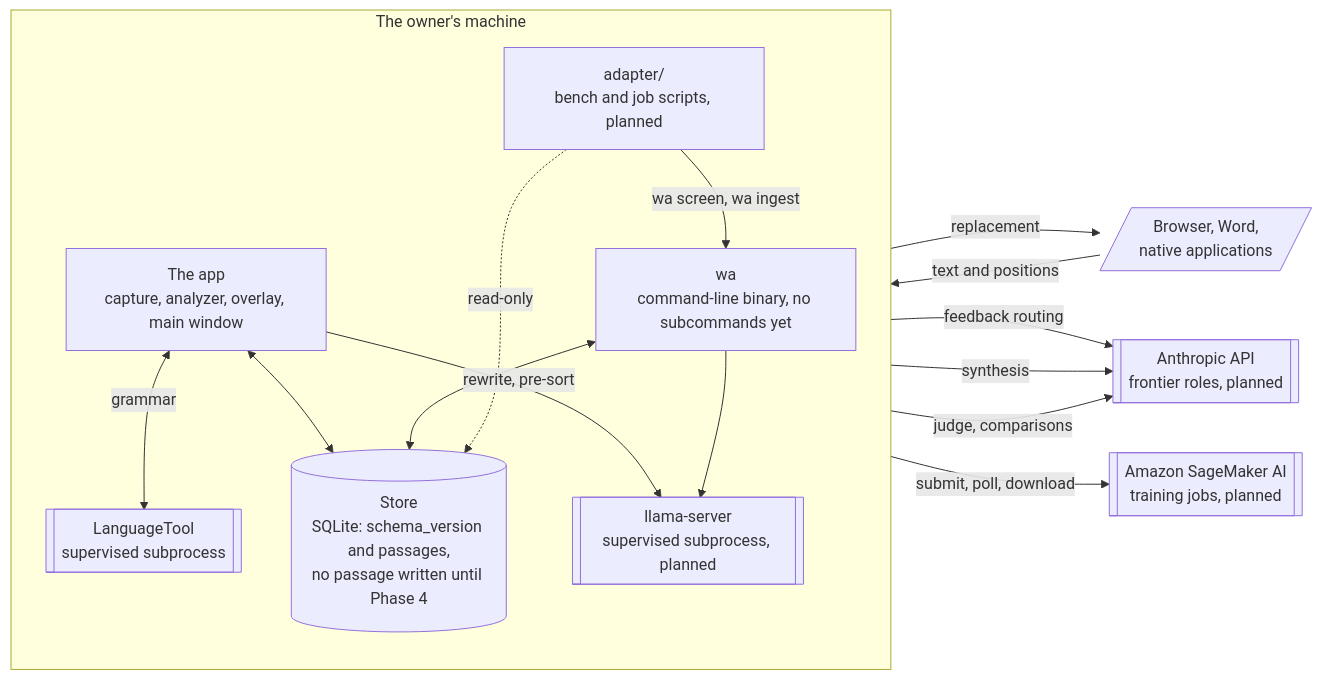
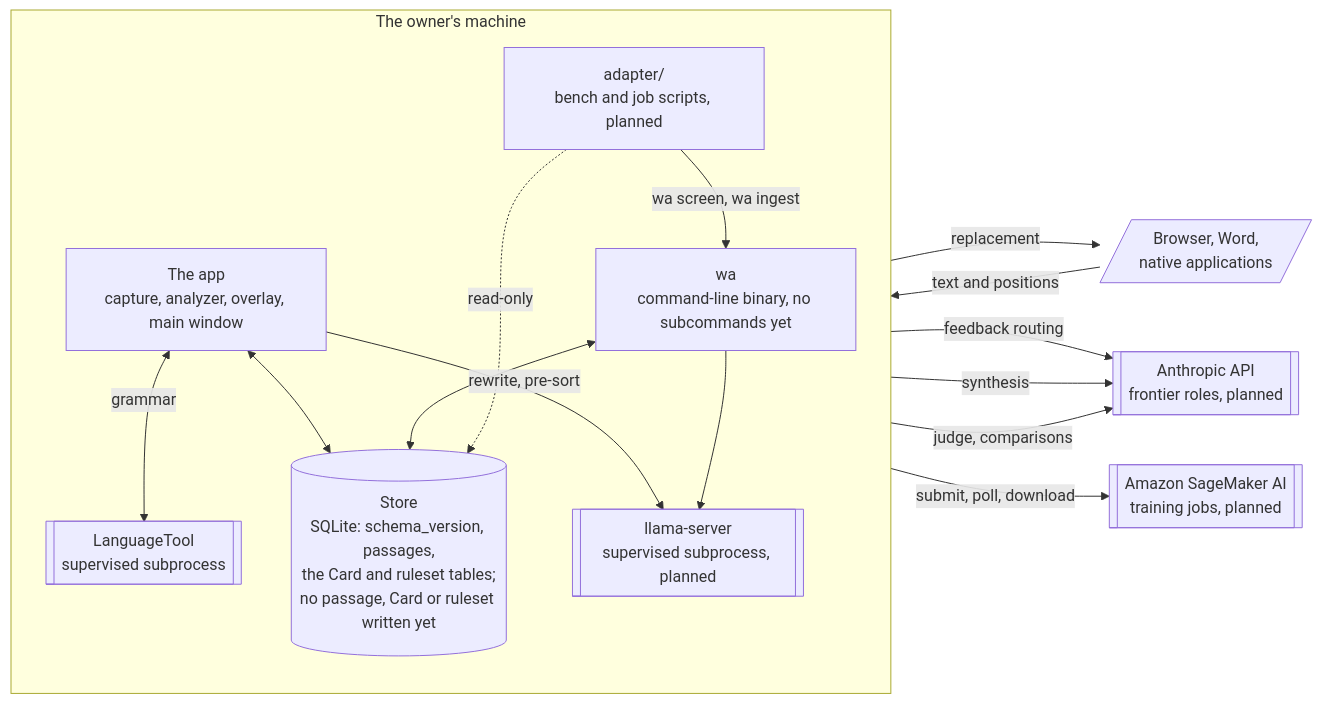
The third of 3 diagrams in README.md (Bernice-Koh/writing-assistant), drawn with Mermaid before and after one commit. The commit also changed other lines of this file and 2 other files, not shown here.

Commit message:
docs: state that the store holds the Card and ruleset tables

````diff
--- a/README.md
+++ b/README.md
@@ -380,31 +380,31 @@
 ```mermaid
 flowchart LR
     Apps[/"Browser, Word,<br/>native applications"/]
 
     subgraph Machine["The owner's machine"]
         direction TB
         App["The app<br/>capture, analyzer, overlay, main window"]
         LT[["LanguageTool<br/>supervised subprocess"]]
-        Store[("Store<br/>SQLite: schema_version and passages,<br/>no passage written until Phase 4")]
+        Store[("Store<br/>SQLite: schema_version, passages,<br/>the Card and ruleset tables;<br/>no passage, Card or ruleset written yet")]
         LS[["llama-server<br/>supervised subprocess, planned"]]
         WA["wa<br/>command-line binary, no subcommands yet"]
         Py["adapter/<br/>bench and job scripts, planned"]
     end
 
     Api[["Anthropic API<br/>frontier roles, planned"]]
     Sage[["Amazon SageMaker AI<br/>training jobs, planned"]]
 
     Apps -->|"text and positions"| App
     App -->|"replacement"| Apps
     App <-->|"grammar"| LT
     App <--> Store
     App -->|"rewrite, pre-sort"| LS
     WA <--> Store
     WA --> LS
     Py -->|"wa screen, wa ingest"| WA
     Py -.->|"read-only"| Store
     App -->|"feedback routing"| Api
     WA -->|"synthesis"| Api
     Py -->|"judge, comparisons"| Api
     Py -->|"submit, poll, download"| Sage
 ```
````
